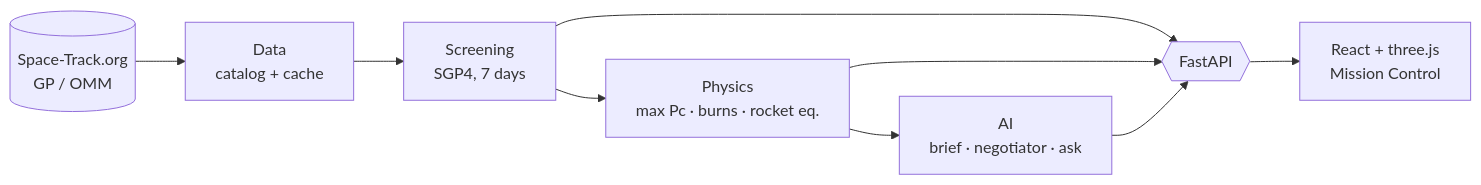
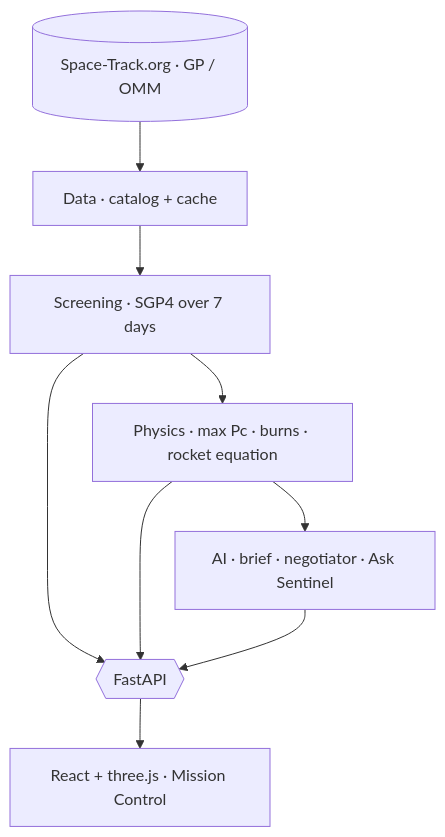
The diagram in README.md (Yojithn/OrbitSentinel), drawn with Mermaid before and after one commit.

Commit message:
README: taller architecture diagram

````diff
--- a/README.md
+++ b/README.md
@@ -93,11 +93,9 @@
 ```mermaid
-flowchart LR
-    ST[(Space-Track.org<br/>GP / OMM)] --> D[Data<br/>catalog + cache]
-    D --> S[Screening<br/>SGP4, 7 days]
-    S --> P[Physics<br/>max Pc · burns · rocket eq.]
-    P --> A[AI<br/>brief · negotiator · ask]
-    S --> API{{FastAPI}}
-    P --> API
-    A --> API
-    API --> UI[React + three.js<br/>Mission Control]
+flowchart TB
+    ST[(Space-Track.org · GP / OMM)] --> D[Data · catalog + cache]
+    D --> S[Screening · SGP4 over 7 days]
+    S --> P[Physics · max Pc · burns · rocket equation]
+    P --> A[AI · brief · negotiator · Ask Sentinel]
+    S & P & A --> API{{FastAPI}}
+    API --> UI[React + three.js · Mission Control]
 ```
````
